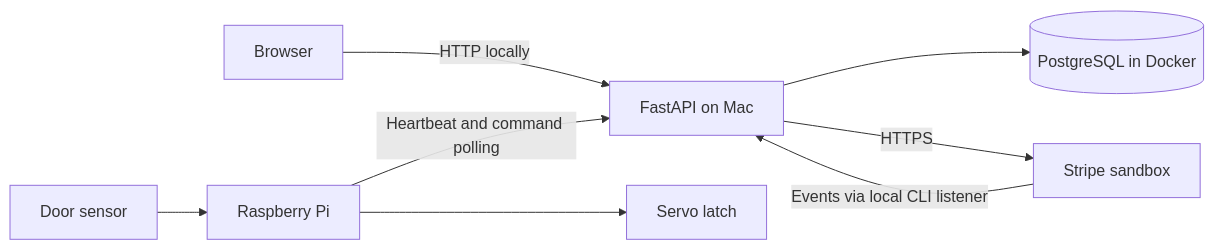
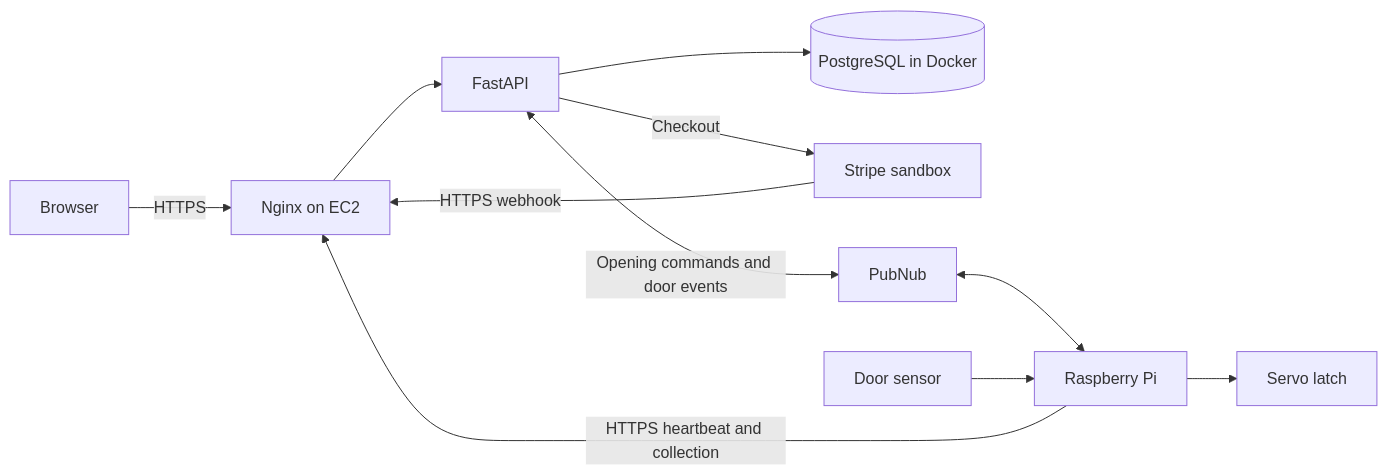
One commit to nikitsya/UniStow changed the diagram in README.md. Above: the diagram before and after it, drawn with Mermaid. The commit also changed other lines of this file and 5 other files, not shown here.

````diff
--- a/README.md
+++ b/README.md
@@ -35,10 +36,13 @@
 ```mermaid
 flowchart LR
-    Browser -->|HTTP locally| App[FastAPI on Mac]
+    Browser -->|HTTPS| Proxy[Nginx on EC2]
+    Proxy --> App[FastAPI]
     App --> DB[(PostgreSQL in Docker)]
-    App -->|HTTPS| Stripe[Stripe sandbox]
-    Stripe -->|Events via local CLI listener| App
-    Pi[Raspberry Pi] -->|Heartbeat and command polling| App
+    App -->|Checkout| Stripe[Stripe sandbox]
+    Stripe -->|HTTPS webhook| Proxy
+    App <-->|Opening commands and door events| PubNub
+    PubNub <--> Pi[Raspberry Pi]
+    Pi -->|HTTPS heartbeat and collection| Proxy
     Pi --> Latch[Servo latch]
     Sensor[Door sensor] --> Pi
 ```
````
